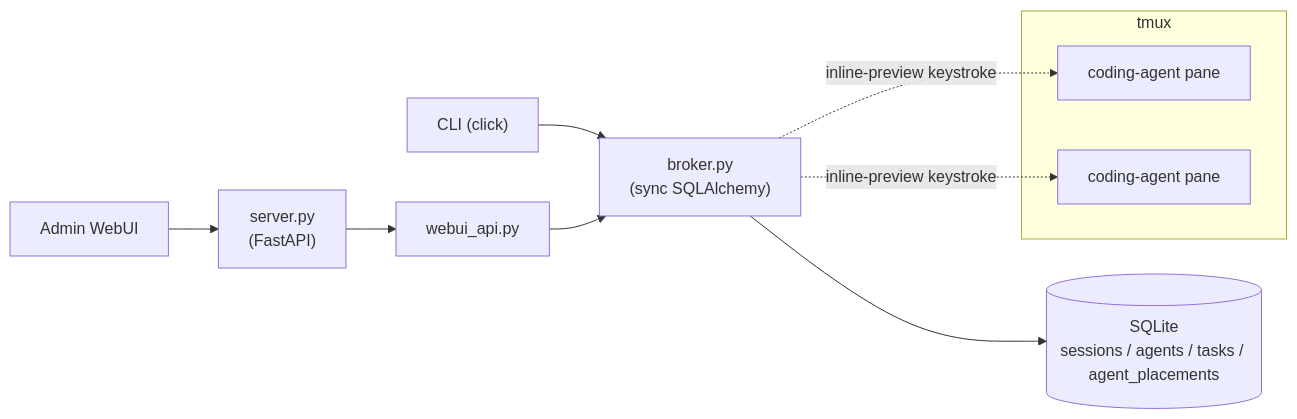
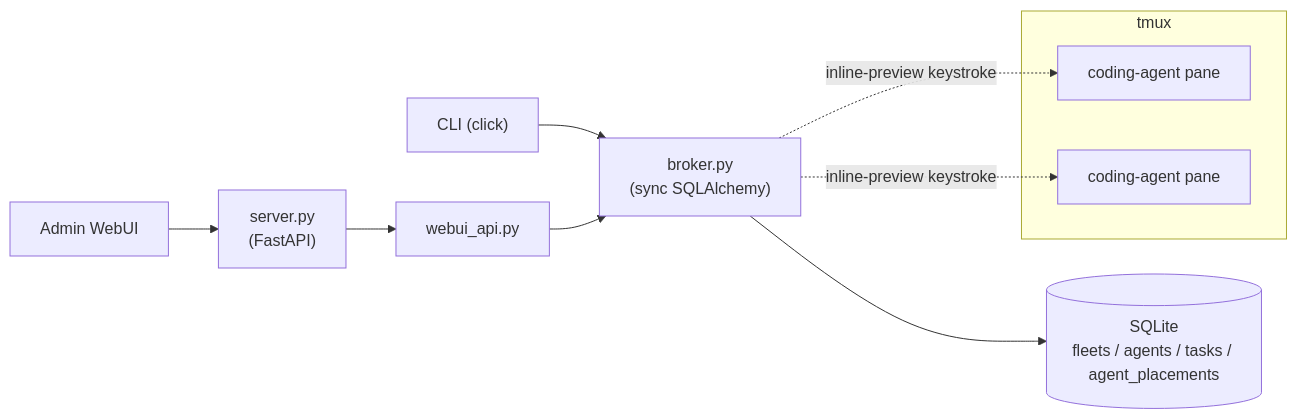
Before and after one commit to himkt/cafleet: the diagram in docs/concepts/overview.md, drawn with Mermaid. The commit also changed other lines of this file and 55 other files, not shown here.

````diff
--- a/docs/concepts/overview.md
+++ b/docs/concepts/overview.md
@@ -17,15 +17,15 @@
 ```mermaid
 %%{init: {'theme': 'default', 'themeVariables': {'fontSize': '16px'}}}%%
 flowchart LR
     CLI["CLI (click)"] --> Broker["broker.py<br/>(sync SQLAlchemy)"]
     WebUI["Admin WebUI"] --> Server["server.py<br/>(FastAPI)"]
     Server --> WebUIAPI["webui_api.py"]
     WebUIAPI --> Broker
-    Broker --> DB[(SQLite<br/>sessions / agents / tasks / agent_placements)]
+    Broker --> DB[(SQLite<br/>fleets / agents / tasks / agent_placements)]
     subgraph Multiplexer["tmux"]
         PaneA["coding-agent pane"]
         PaneB["coding-agent pane"]
     end
     Broker -. inline-preview keystroke .-> PaneA
     Broker -. inline-preview keystroke .-> PaneB
 ```
````
